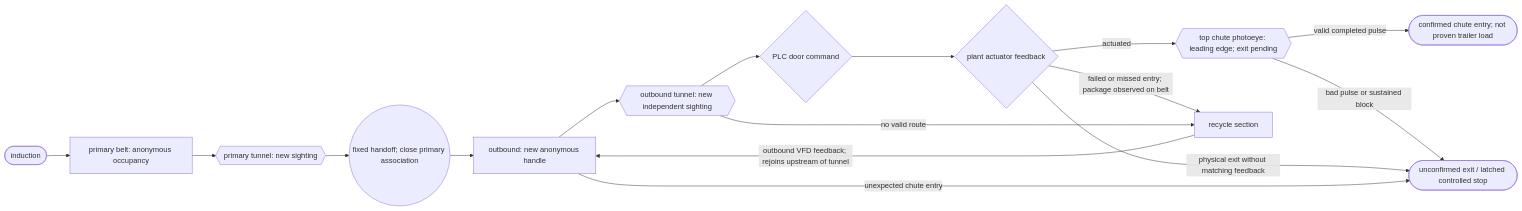
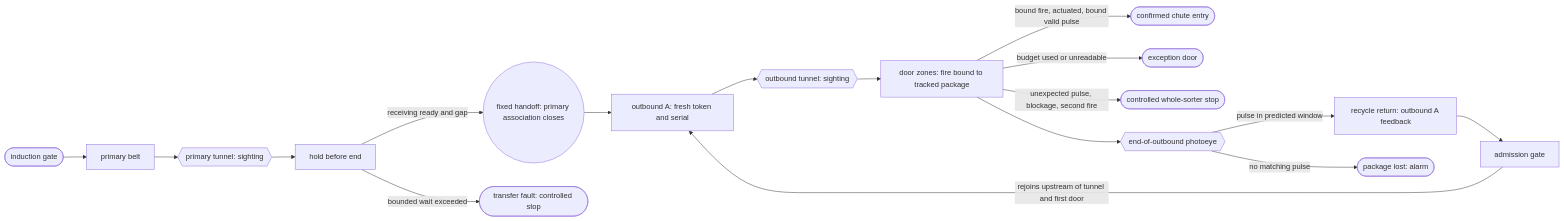
The first of 2 diagrams in SIGHTING_CONTRACT.md (berryk6490/ics-sorter-range), drawn with Mermaid before and after one commit. The commit also changed other lines of this file, not shown here.

First line of the commit message:
docs: bind sighting identity to barcodes and attribution to tracking

````diff
--- a/SIGHTING_CONTRACT.md
+++ b/SIGHTING_CONTRACT.md
@@ -375,18 +539,19 @@
 ```mermaid
 flowchart LR
-    IN([induction]) --> P[primary belt: anonymous occupancy]
-    P --> PT{{primary tunnel: new sighting}}
-    PT --> FH((fixed handoff; close primary association))
-    FH --> O[outbound: new anonymous handle]
-    O --> OT{{outbound tunnel: new independent sighting}}
-    OT --> D{PLC door command}
-    D --> AF{plant actuator feedback}
-    AF -->|actuated| PE{{top chute photoeye: leading edge; exit pending}}
-    PE -->|valid completed pulse| CE([confirmed chute entry; not proven trailer load])
-    PE -->|bad pulse or sustained block| STOP([unconfirmed exit / latched controlled stop])
-    AF -->|failed or missed entry; package observed on belt| R[recycle section]
-    AF -->|physical exit without matching feedback| STOP
-    OT -->|no valid route| R
-    R -->|outbound VFD feedback; rejoins upstream of tunnel| O
-    O -->|unexpected chute entry| STOP
+    IN([induction gate]) --> P[primary belt]
+    P --> PT{{primary tunnel: sighting}}
+    PT --> H[hold before end]
+    H -->|receiving ready and gap| FH((fixed handoff: primary association closes))
+    H -->|bounded wait exceeded| TF([transfer fault: controlled stop])
+    FH --> O[outbound A: fresh token and serial]
+    O --> OT{{outbound tunnel: sighting}}
+    OT --> DZ[door zones: fire bound to tracked package]
+    DZ -->|bound fire, actuated, bound valid pulse| CE([confirmed chute entry])
+    DZ -->|budget used or unreadable| EX([exception door])
+    DZ -->|unexpected pulse, blockage, second fire| STOP([controlled whole-sorter stop])
+    DZ --> EOE{{end-of-outbound photoeye}}
+    EOE -->|pulse in predicted window| R[recycle return: outbound A feedback]
+    EOE -->|no matching pulse| LOST([package lost: alarm])
+    R --> AG[admission gate]
+    AG -->|rejoins upstream of tunnel and first door| O
 ```
````
